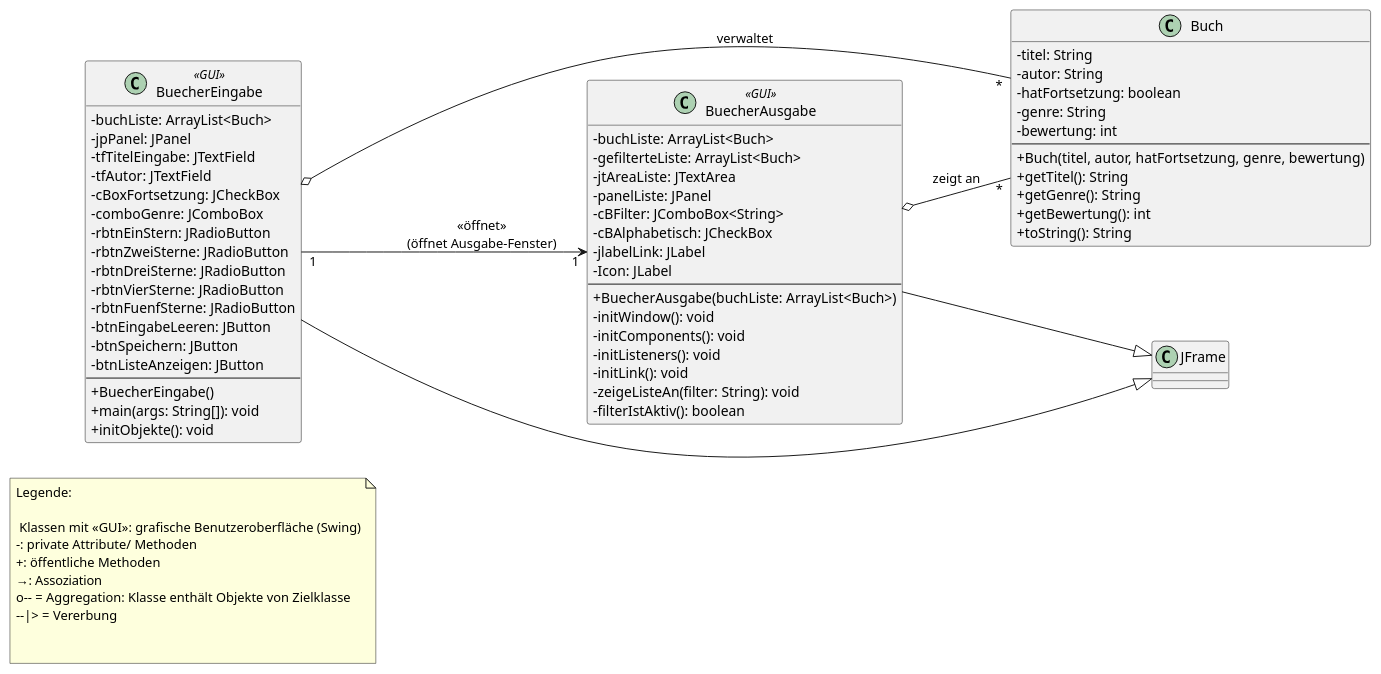
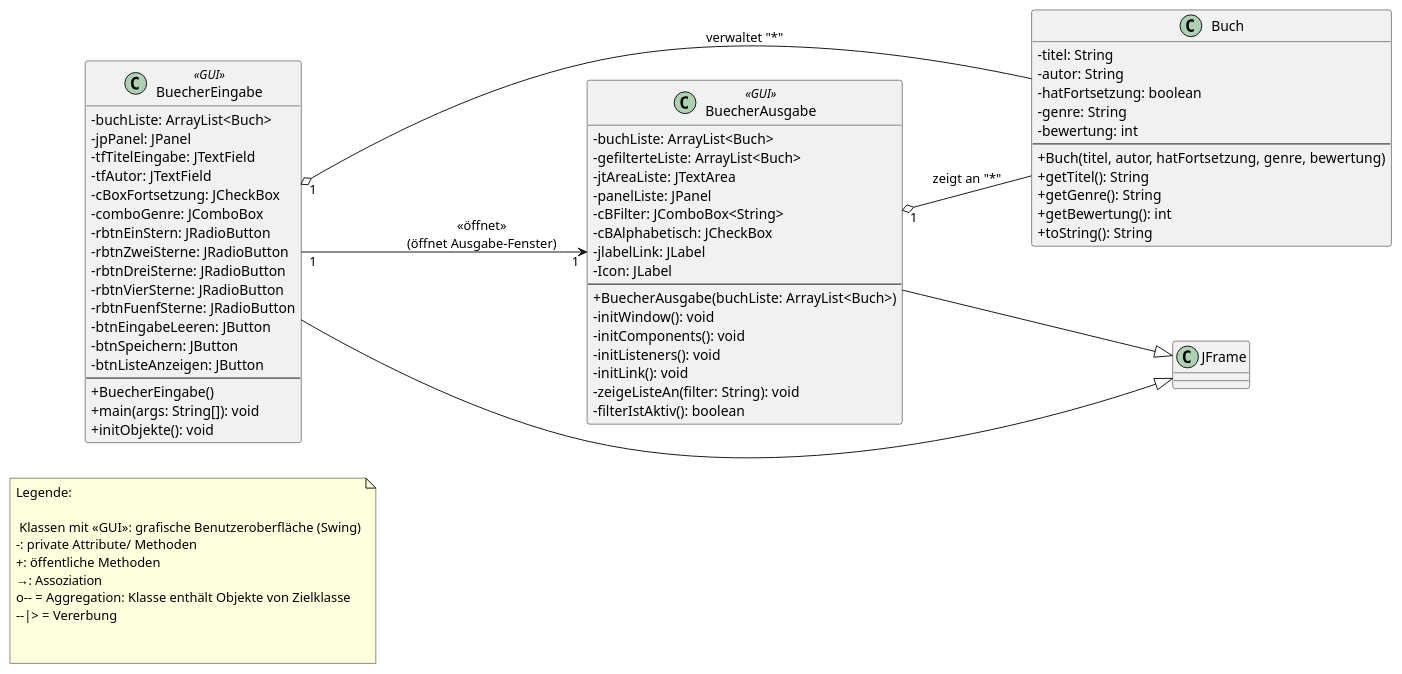
Before and after one commit to anikasophie/Booktopia_AnikaZoe: the diagram in src/main/resources/UMLmitGUI.puml, drawn with PlantUML.

Commit message:
Kardinalitäten

```diff
--- a/src/main/resources/UMLmitGUI.puml
+++ b/src/main/resources/UMLmitGUI.puml
@@ -1,87 +1,87 @@
 @startuml
 left to right direction
 
 skinparam classAttributeIconSize 0
 
 ' Legende als Notiz
 note as L1
 Legende:
 
  Klassen mit «GUI»: grafische Benutzeroberfläche (Swing)
 -: private Attribute/ Methoden
 +: öffentliche Methoden
 →: Assoziation
 o-- = Aggregation: Klasse enthält Objekte von Zielklasse
 --|> = Vererbung
 
 
 end note
 
 class Buch {
   - titel: String
   - autor: String
   - hatFortsetzung: boolean
   - genre: String
   - bewertung: int
   --
   + Buch(titel, autor, hatFortsetzung, genre, bewertung)
   + getTitel(): String
   + getGenre(): String
   + getBewertung(): int
   + toString(): String
 }
 
 class BuecherEingabe <<GUI>> {
   - buchListe: ArrayList<Buch>
   - jpPanel: JPanel
   - tfTitelEingabe: JTextField
   - tfAutor: JTextField
   - cBoxFortsetzung: JCheckBox
   - comboGenre: JComboBox
   - rbtnEinStern: JRadioButton
   - rbtnZweiSterne: JRadioButton
   - rbtnDreiSterne: JRadioButton
   - rbtnVierSterne: JRadioButton
   - rbtnFuenfSterne: JRadioButton
   - btnEingabeLeeren: JButton
   - btnSpeichern: JButton
   - btnListeAnzeigen: JButton
   --
   + BuecherEingabe()
   + main(args: String[]): void
   + initObjekte(): void
 }
 
 class BuecherAusgabe <<GUI>> {
   - buchListe: ArrayList<Buch>
   - gefilterteListe: ArrayList<Buch>
   - jtAreaListe: JTextArea
   - panelListe: JPanel
   - cBFilter: JComboBox<String>
   - cBAlphabetisch: JCheckBox
   - jlabelLink: JLabel
   - Icon: JLabel
   --
   + BuecherAusgabe(buchListe: ArrayList<Buch>)
   - initWindow(): void
   - initComponents(): void
   - initListeners(): void
   - initLink(): void
   - zeigeListeAn(filter: String): void
   - filterIstAktiv(): boolean
 }
 
 ' Beziehungen
 ' Aggregationen (leerer Diamant)
-BuecherEingabe o--Buch: verwaltet "*"
-BuecherAusgabe o-- Buch: zeigt an "*"
+BuecherEingabe "1" o--Buch: verwaltet "*"
+BuecherAusgabe "1" o-- Buch: zeigt an "*"
 
 ' Vererbung von JFrame
 class JFrame
 BuecherEingabe --|> JFrame
 BuecherAusgabe --|> JFrame
 BuecherEingabe "1" --> "1" BuecherAusgabe : «öffnet»\n(öffnet Ausgabe-Fenster)
 
 
 
 @enduml
```
